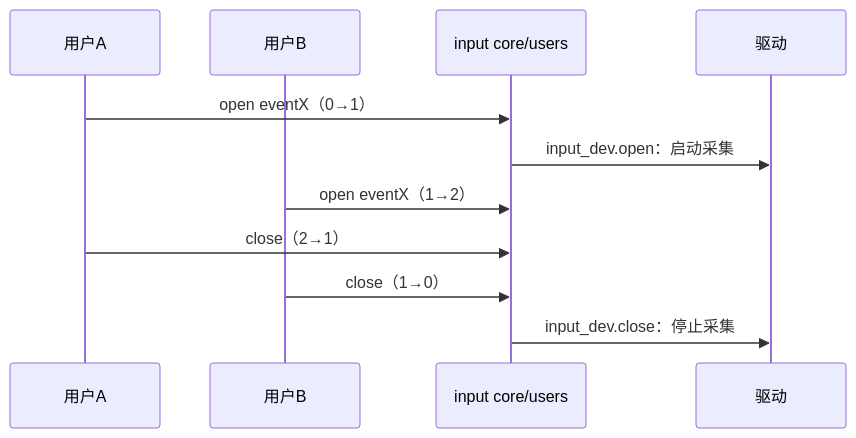
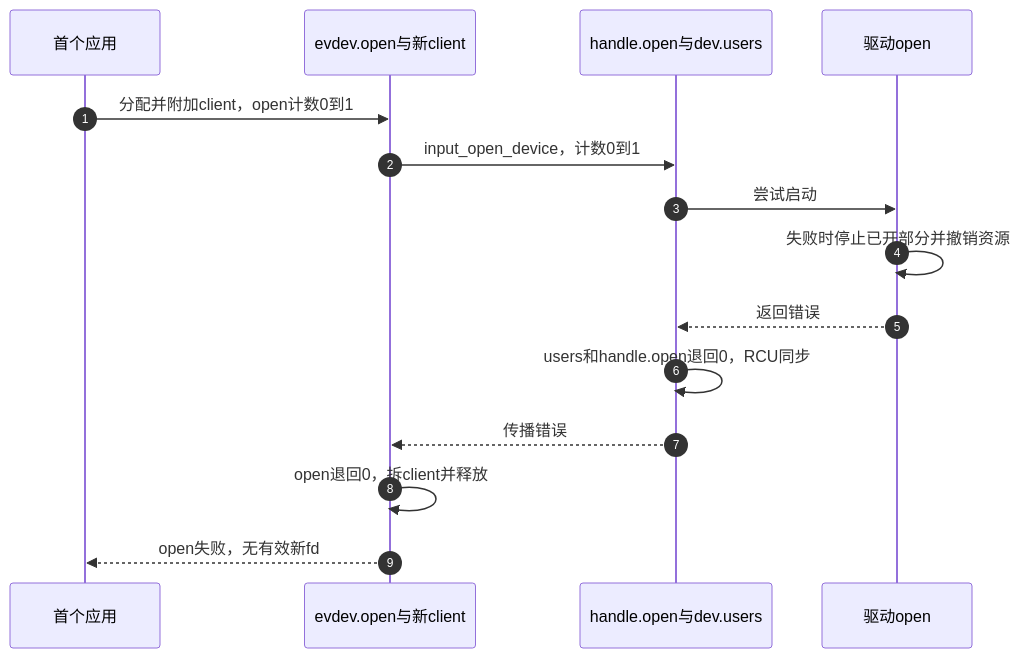
One commit to FormingSystem/linux_note changed the third of 4 diagrams in knowledge/driver_model/input/P03_设备注册能力与生命周期.md. Above: the diagram before and after it, drawn with Mermaid. The commit also changed other lines of this file and 13 other files, not shown here.

````diff
--- a/knowledge/driver_model/input/P03_设备注册能力与生命周期.md
+++ b/knowledge/driver_model/input/P03_设备注册能力与生命周期.md
@@ -68,13 +108,17 @@
 ```mermaid
 sequenceDiagram
-    participant U1 as 用户A
-    participant U2 as 用户B
-    participant C as input core/users
-    participant D as 驱动
-    U1->>C: open eventX（0→1）
-    C->>D: input_dev.open：启动采集
-    U2->>C: open eventX（1→2）
-    U1->>C: close（2→1）
-    U2->>C: close（1→0）
-    C->>D: input_dev.close：停止采集
+    autonumber
+    participant A as 首个应用
+    participant E as evdev.open与新client
+    participant I as handle.open与dev.users
+    participant D as 驱动open
+    A->>E: 分配并附加client，open计数0到1
+    E->>I: input_open_device，计数0到1
+    I->>D: 尝试启动
+    D->>D: 失败时停止已开部分并撤销资源
+    D-->>I: 返回错误
+    I->>I: users和handle.open退回0，RCU同步
+    I-->>E: 传播错误
+    E->>E: open退回0，拆client并释放
+    E-->>A: open失败，无有效新fd
 ```
````
